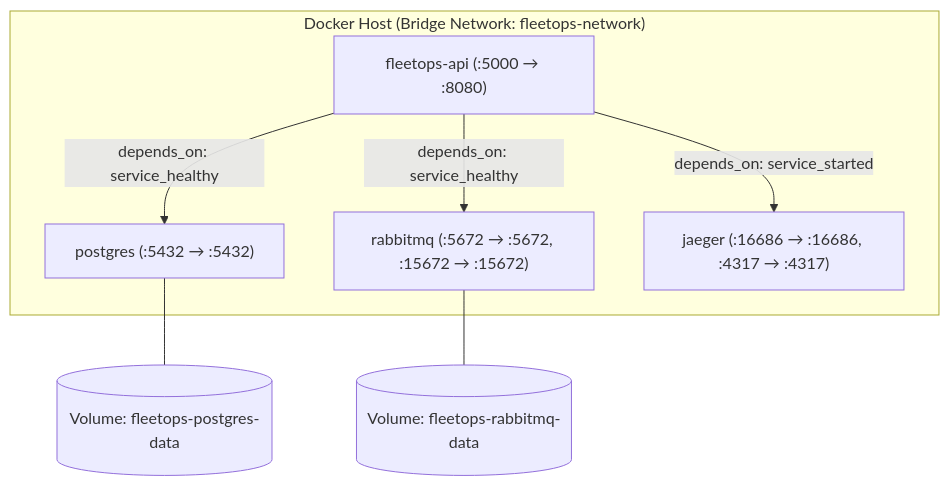
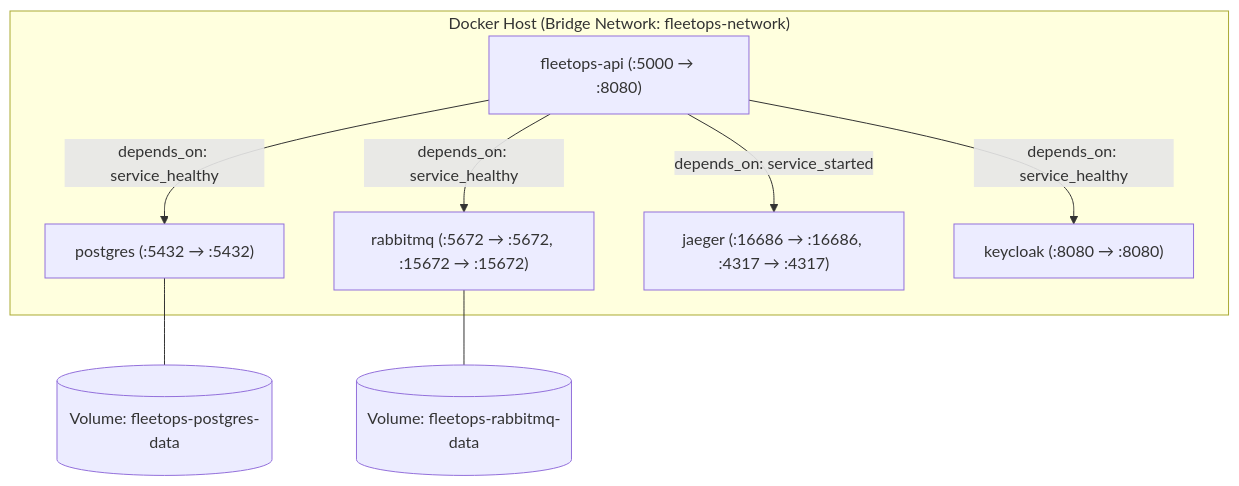
The seventh of 16 diagrams in README.md (DevYuriVieira/fleetops-api), drawn with Mermaid before and after one commit. The commit also changed other lines of this file, not shown here.

````diff
--- a/README.md
+++ b/README.md
@@ -935,15 +936,17 @@
 ```mermaid
 graph TD
     subgraph Host ["Docker Host (Bridge Network: fleetops-network)"]
         API["fleetops-api (:5000 &rarr; :8080)"]
         PG["postgres (:5432 &rarr; :5432)"]
         RMQ["rabbitmq (:5672 &rarr; :5672, :15672 &rarr; :15672)"]
         Jaeger["jaeger (:16686 &rarr; :16686, :4317 &rarr; :4317)"]
+        Keycloak["keycloak (:8080 &rarr; :8080)"]
     end
     
     API -->|"depends_on: service_healthy"| PG
     API -->|"depends_on: service_healthy"| RMQ
+    API -->|"depends_on: service_healthy"| Keycloak
     API -->|"depends_on: service_started"| Jaeger
     PG --- VolPG[("Volume: fleetops-postgres-data")]
     RMQ --- VolRMQ[("Volume: fleetops-rabbitmq-data")]
 ```
````
